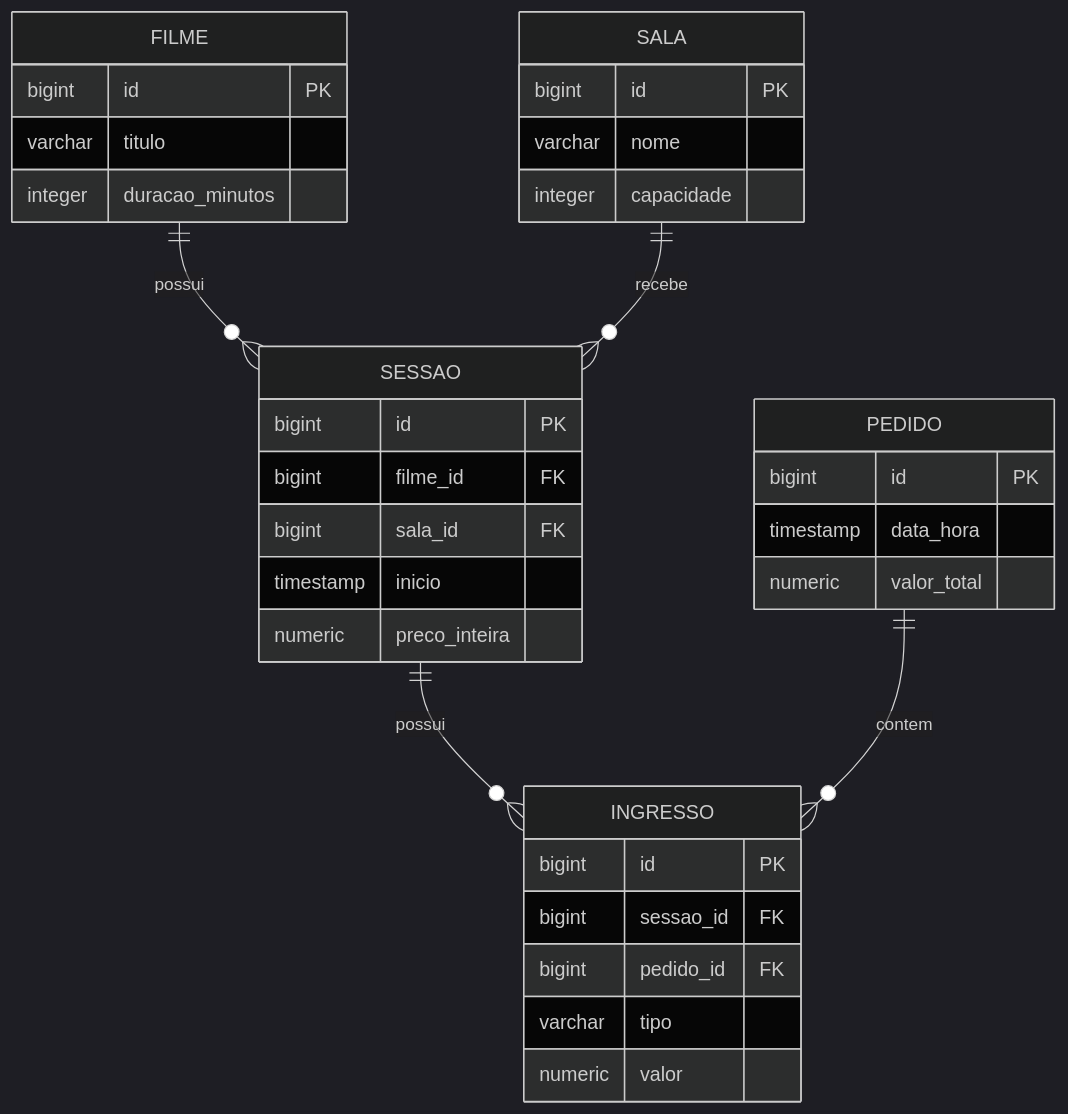
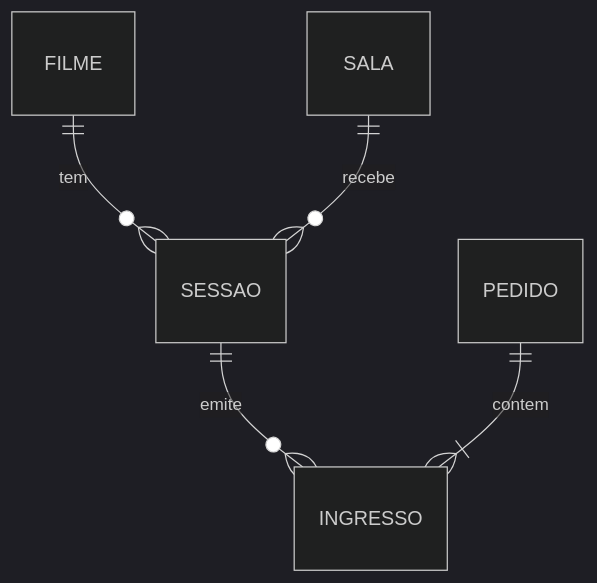
Before and after one commit to Nykona512/projeto-entretenimento-cultura: the diagram in docs/modelo-de-dominio.md, drawn with Mermaid (dark theme). The commit also changed other lines of this file and 14 other files, not shown here.

````diff
--- a/docs/modelo-de-dominio.md
+++ b/docs/modelo-de-dominio.md
@@ -72,37 +11,7 @@
 ```mermaid
 erDiagram
-    FILME ||--o{ SESSAO : possui
-    SALA ||--o{ SESSAO : recebe
-    SESSAO ||--o{ INGRESSO : possui
-    PEDIDO ||--o{ INGRESSO : contem
-
-    FILME {
-        bigint id PK
-        varchar titulo
-        integer duracao_minutos
-    }
-    SALA {
-        bigint id PK
-        varchar nome
-        integer capacidade
-    }
-    SESSAO {
-        bigint id PK
-        bigint filme_id FK
-        bigint sala_id FK
-        timestamp inicio
-        numeric preco_inteira
-    }
-    PEDIDO {
-        bigint id PK
-        timestamp data_hora
-        numeric valor_total
-    }
-    INGRESSO {
-        bigint id PK
-        bigint sessao_id FK
-        bigint pedido_id FK
-        varchar tipo
-        numeric valor
-    }
+ FILME ||--o{ SESSAO : tem
+ SALA ||--o{ SESSAO : recebe
+ SESSAO ||--o{ INGRESSO : emite
+ PEDIDO ||--|{ INGRESSO : contem
 ```
````
